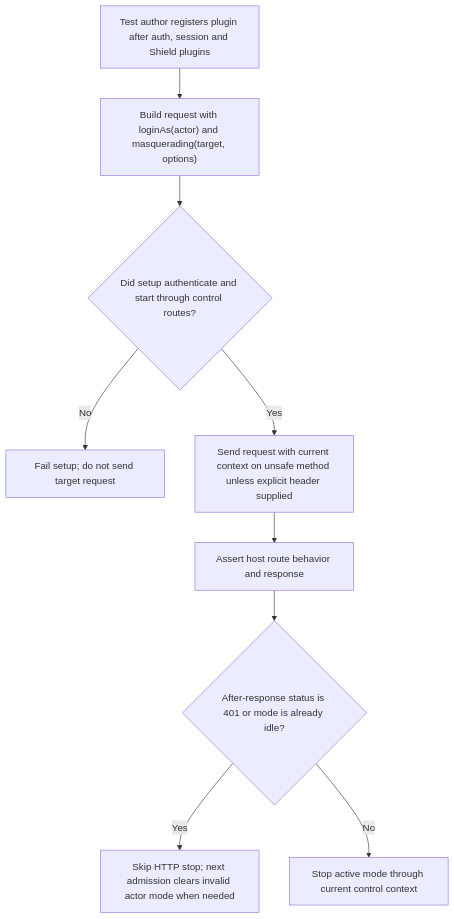
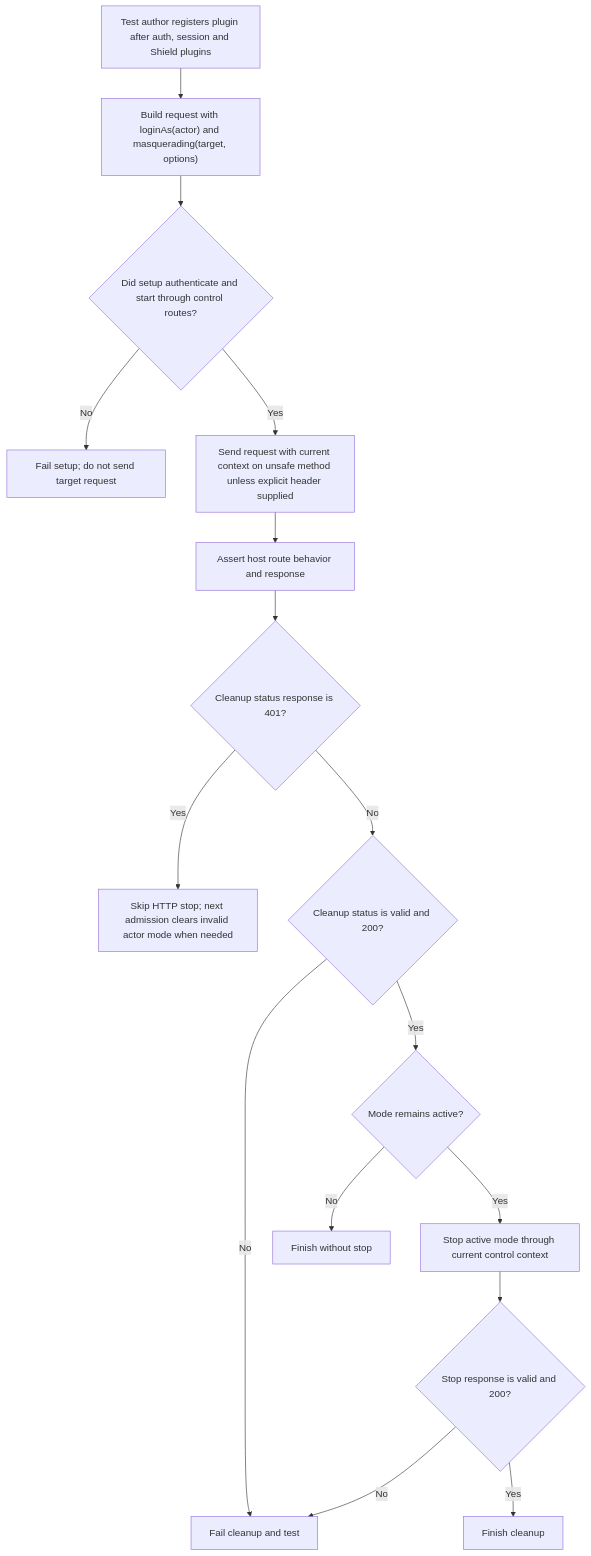
Before and after one commit to Kevinjohn/oss-adonisjs-masquerade: the first of 2 diagrams in user-stories/testing/us-testing-01-api-client-masquerading.md, drawn with Mermaid. The commit also changed other lines of this file and 2 other files, not shown here.

Commit message:
docs: align guard and testing cleanup flows

````diff
--- a/user-stories/testing/us-testing-01-api-client-masquerading.md
+++ b/user-stories/testing/us-testing-01-api-client-masquerading.md
@@ -22,11 +22,18 @@
 ```mermaid
 flowchart TD
  A["Test author registers plugin after auth, session and Shield plugins"] --> B["Build request with loginAs(actor) and masquerading(target, options)"]
  B --> C{"Did setup authenticate and start through control routes?"}
  C -->|No| D["Fail setup; do not send target request"]
  C -->|Yes| E["Send request with current context on unsafe method unless explicit header supplied"]
  E --> F["Assert host route behavior and response"]
- F --> G{"After-response status is 401 or mode is already idle?"}
+ F --> G{"Cleanup status response is 401?"}
  G -->|Yes| H["Skip HTTP stop; next admission clears invalid actor mode when needed"]
- G -->|No| I["Stop active mode through current control context"]
+ G -->|No| J{"Cleanup status is valid and 200?"}
+ J -->|No| K["Fail cleanup and test"]
+ J -->|Yes| L{"Mode remains active?"}
+ L -->|No| M["Finish without stop"]
+ L -->|Yes| I["Stop active mode through current control context"]
+ I --> N{"Stop response is valid and 200?"}
+ N -->|No| K
+ N -->|Yes| O["Finish cleanup"]
 ```
````
